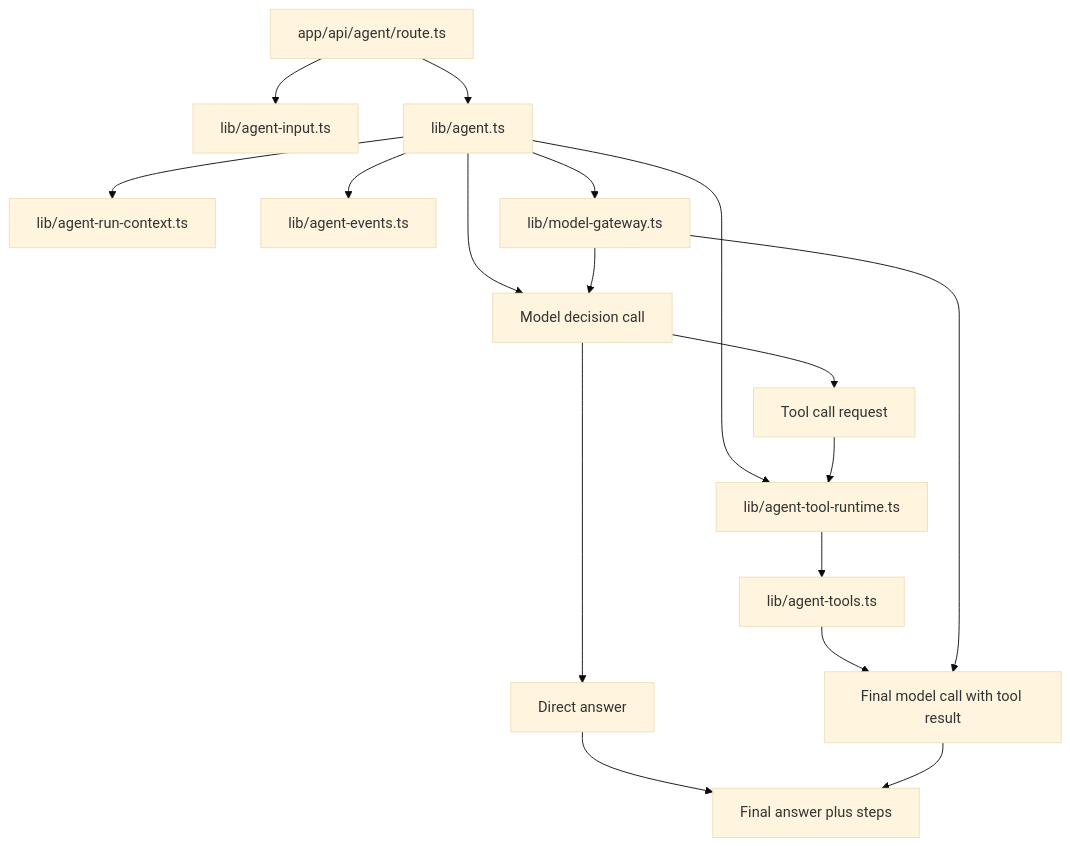
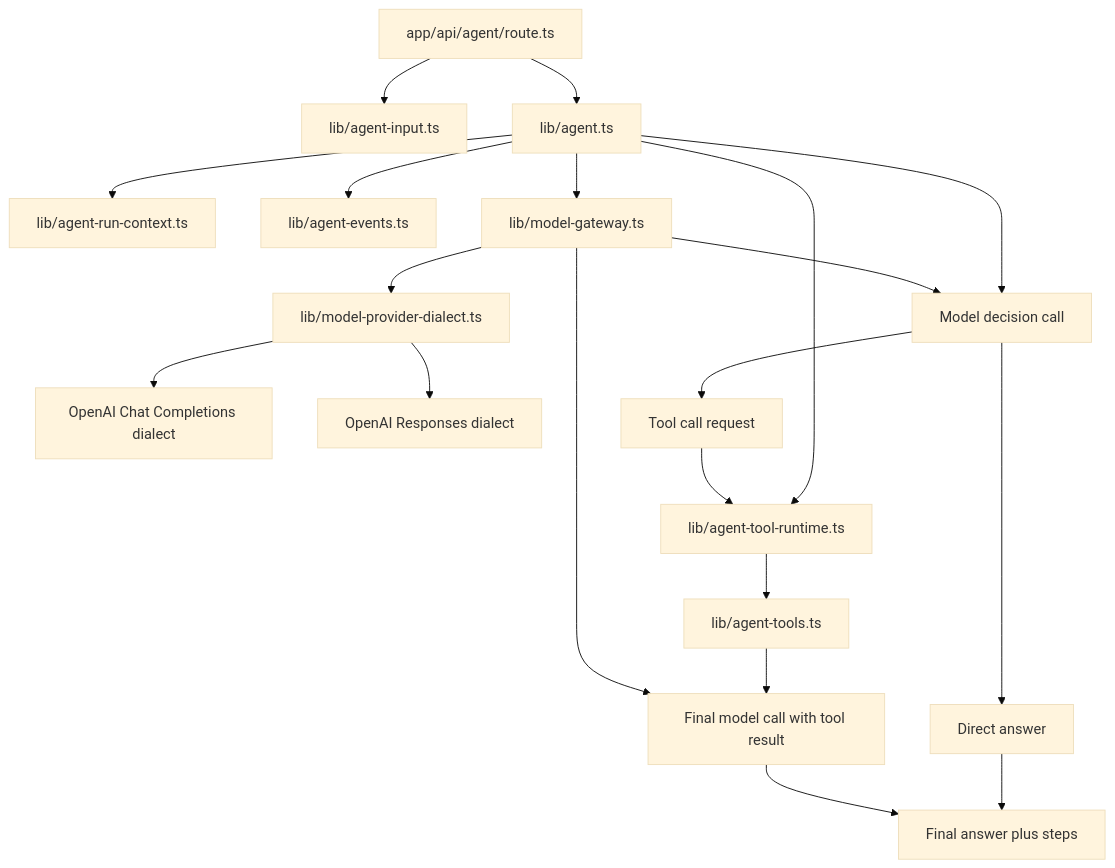
The second of 3 diagrams in docs/architecture.md (Liang-HZ/inspectable-agent-harness), drawn with Mermaid (base theme) before and after one commit. The commit also changed other lines of this file and 17 other files, not shown here.

Commit message:
Add provider dialect architecture

````diff
--- a/docs/architecture.md
+++ b/docs/architecture.md
@@ -304,19 +427,22 @@
 ```mermaid
 flowchart TD
   AgentRoute[app/api/agent/route.ts] --> AgentInput[lib/agent-input.ts]
   AgentRoute --> AgentService[lib/agent.ts]
   AgentService --> RunContext[lib/agent-run-context.ts]
   AgentService --> AgentEvents[lib/agent-events.ts]
   AgentService --> ModelGateway[lib/model-gateway.ts]
+  ModelGateway --> ModelDialect[lib/model-provider-dialect.ts]
+  ModelDialect --> ChatDialect[OpenAI Chat Completions dialect]
+  ModelDialect --> ResponsesDialect[OpenAI Responses dialect]
   AgentService --> ToolRuntime[lib/agent-tool-runtime.ts]
   AgentService --> DecisionCall[Model decision call]
   ModelGateway --> DecisionCall
   DecisionCall --> DirectAnswer[Direct answer]
   DecisionCall --> ToolCall[Tool call request]
   ToolCall --> ToolRuntime
   ToolRuntime --> AgentTools[lib/agent-tools.ts]
   AgentTools --> FinalCall[Final model call with tool result]
   ModelGateway --> FinalCall
   DirectAnswer --> AgentResponse[Final answer plus steps]
   FinalCall --> AgentResponse
 ```
````
